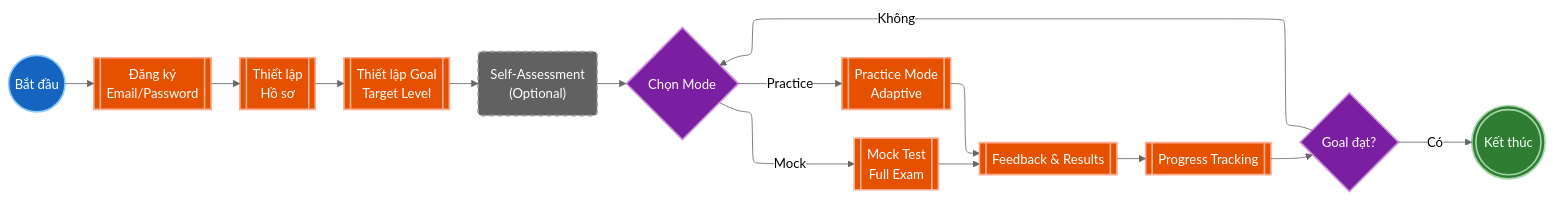
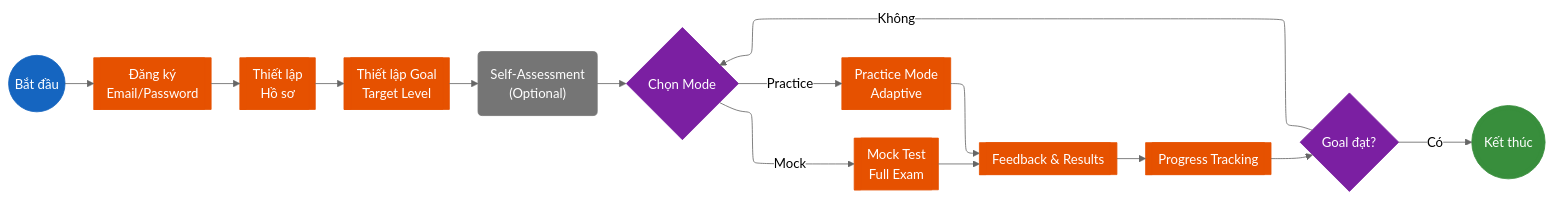
The ninth of 12 diagrams in docs/capstone/diagrams/flow-diagrams.vi.md (nghyane/VSTEP), drawn with Mermaid (neutral theme) before and after one commit. The commit also changed other lines of this file, not shown here.

First line of the commit message:
fix(docs): rewrite diagrams with proper color separation

````diff
--- a/docs/capstone/diagrams/flow-diagrams.vi.md
+++ b/docs/capstone/diagrams/flow-diagrams.vi.md
@@ -607,41 +612,42 @@
 ```mermaid
 ---
 config:
   layout: elk
 ---
 flowchart LR
     Start@{ shape: circle, label: "Bắt đầu" }
-    Reg@{ shape: fr-rect, label: "Đăng ký<br/>Email/Password" }
-    Profile@{ shape: fr-rect, label: "Thiết lập<br/>Hồ sơ" }
-    Goal@{ shape: fr-rect, label: "Thiết lập Goal<br/>Target Level" }
-    SelfAssess@{ shape: rounded, label: "Self-Assessment<br/>(Optional)" }
+    Reg@{ shape: fr-rect, label: "Đăng ký\nEmail/Password" }
+    Profile@{ shape: fr-rect, label: "Thiết lập\nHồ sơ" }
+    Goal@{ shape: fr-rect, label: "Thiết lập Goal\nTarget Level" }
+    SelfAssess@{ shape: rounded, label: "Self-Assessment\n(Optional)" }
     Select@{ shape: diam, label: "Chọn Mode" }
-    Practice@{ shape: fr-rect, label: "Practice Mode<br/>Adaptive" }
-    Mock@{ shape: fr-rect, label: "Mock Test<br/>Full Exam" }
+    Practice@{ shape: fr-rect, label: "Practice Mode\nAdaptive" }
+    Mock@{ shape: fr-rect, label: "Mock Test\nFull Exam" }
     Feedback@{ shape: fr-rect, label: "Feedback & Results" }
     Progress@{ shape: fr-rect, label: "Progress Tracking" }
     GoalCheck@{ shape: diam, label: "Goal đạt?" }
     End@{ shape: dbl-circ, label: "Kết thúc" }
 
     Start --> Reg --> Profile --> Goal --> SelfAssess --> Select
     Select -->|"Practice"| Practice
     Select -->|"Mock"| Mock
     Practice --> Feedback
     Mock --> Feedback
     Feedback --> Progress --> GoalCheck
     GoalCheck -->|"Không"| Select
     GoalCheck -->|"Có"| End
 
-    classDef start fill:#1565c0,stroke:#90caf9,stroke-width:2px,color:#fff
-    classDef process fill:#e65100,stroke:#ffab91,stroke-width:2px,color:#fff
-    classDef decision fill:#7b1fa2,stroke:#ce93d8,stroke-width:2px,color:#fff
-    classDef success fill:#2e7d32,stroke:#a5d6a7,stroke-width:2px,color:#fff
-    classDef optional fill:#616161,stroke:#9e9e9e,stroke-width:2px,stroke-dasharray: 5 5,color:#fff
+    %% Nodes
+    classDef start fill:#1565c0,stroke:#1565c0,color:#fff
+    classDef process fill:#e65100,stroke:#e65100,color:#fff
+    classDef decision fill:#7b1fa2,stroke:#7b1fa2,color:#fff
+    classDef success fill:#388e3c,stroke:#388e3c,color:#fff
+    classDef optional fill:#757575,stroke:#757575,color:#fff
 
+    %% No subgraphs in this diagram
     class Start start
     class Reg,Profile,Goal,Practice,Mock,Feedback,Progress process
     class Select,GoalCheck decision
     class End success
     class SelfAssess optional
-
 ```
````
